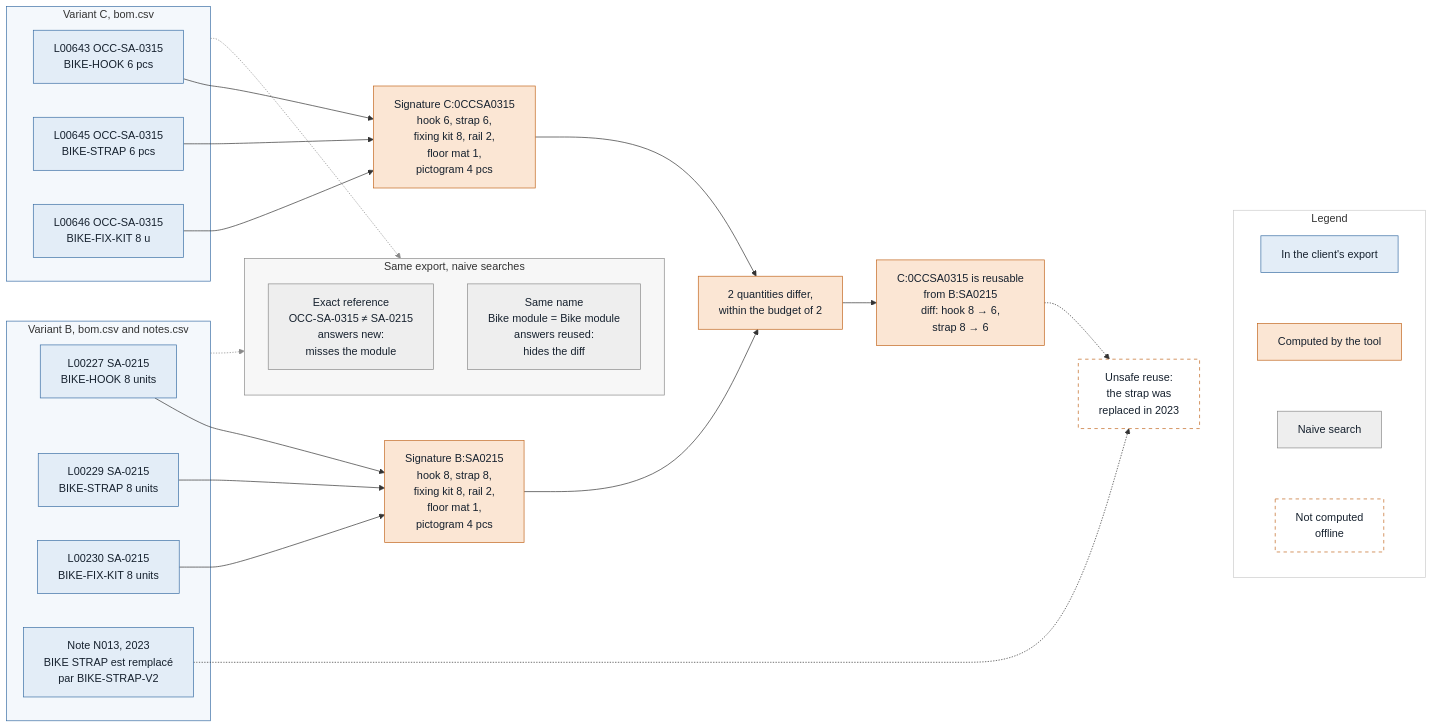
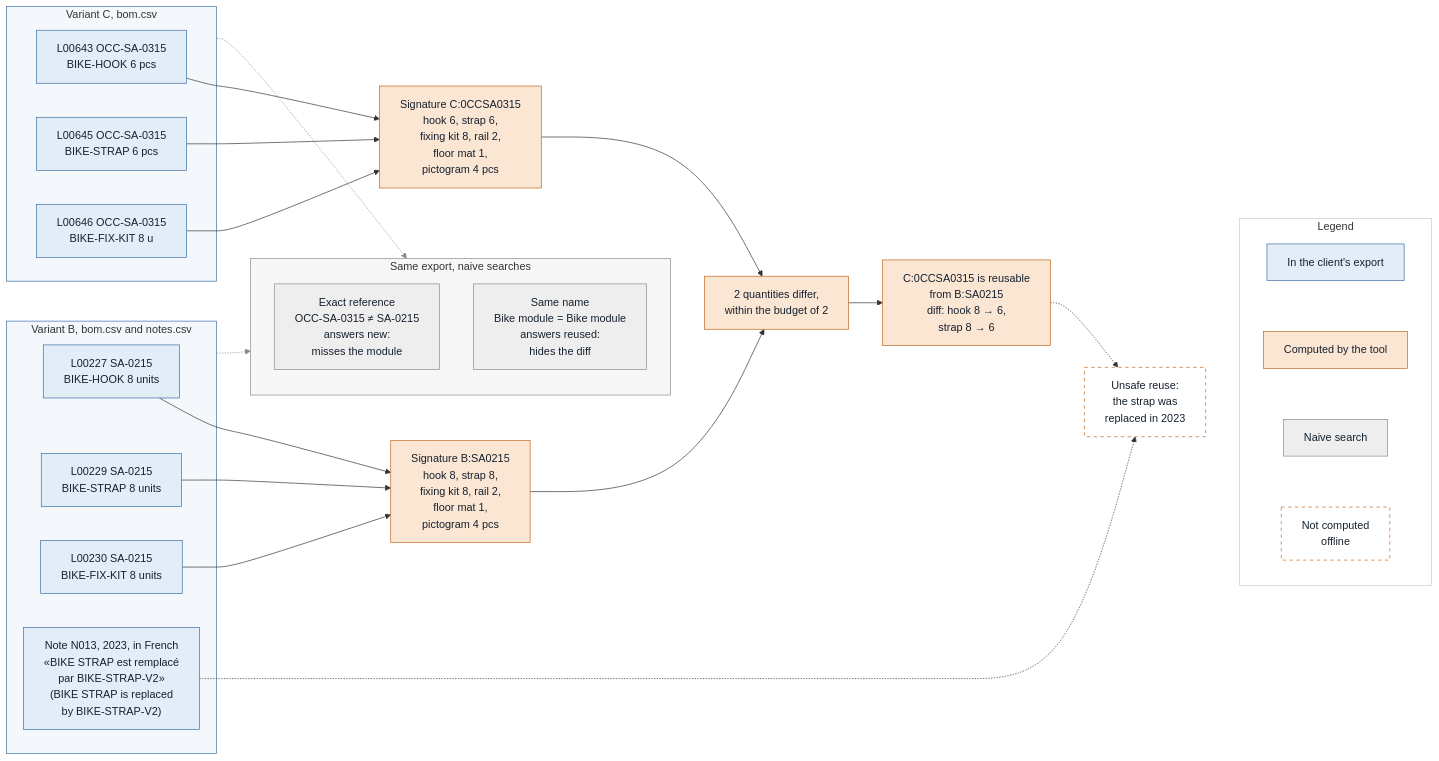
Before and after one commit to BluegReeno/alstom-bom-reuse: the second of 2 diagrams in README.md, drawn with Mermaid.

Commit message:
docs: README — note N013 shown as a quoted French note, with its translation
The note is quoted verbatim from data/raw/notes.csv, where French is
deliberate (the dataset's notes are FR/EN), but in an English README the
bare French read as a slip.

````diff
--- a/README.md
+++ b/README.md
@@ -96,56 +96,56 @@
 ```mermaid
 flowchart LR
     subgraph B["Variant B, bom.csv and notes.csv"]
         B1["L00227 SA-0215<br/>BIKE-HOOK 8 units"]
         B2["L00229 SA-0215<br/>BIKE-STRAP 8 units"]
         B3["L00230 SA-0215<br/>BIKE-FIX-KIT 8 units"]
-        N13["Note N013, 2023<br/>BIKE STRAP est remplacé<br/>par BIKE-STRAP-V2"]
+        N13["Note N013, 2023, in French<br/>«BIKE STRAP est remplacé<br/>par BIKE-STRAP-V2»<br/>(BIKE STRAP is replaced<br/>by BIKE-STRAP-V2)"]
     end
     subgraph C["Variant C, bom.csv"]
         C1["L00643 OCC-SA-0315<br/>BIKE-HOOK 6 pcs"]
         C2["L00645 OCC-SA-0315<br/>BIKE-STRAP 6 pcs"]
         C3["L00646 OCC-SA-0315<br/>BIKE-FIX-KIT 8 u"]
     end
 
     SB["Signature B:SA0215<br/>hook 8, strap 8,<br/>fixing kit 8, rail 2,<br/>floor mat 1,<br/>pictogram 4 pcs"]
     SC["Signature C:0CCSA0315<br/>hook 6, strap 6,<br/>fixing kit 8, rail 2,<br/>floor mat 1,<br/>pictogram 4 pcs"]
     CMP["2 quantities differ,<br/>within the budget of 2"]
     PR["C:0CCSA0315 is reusable<br/>from B:SA0215<br/>diff: hook 8 → 6,<br/>strap 8 → 6"]
     U["Unsafe reuse:<br/>the strap was<br/>replaced in 2023"]
 
     subgraph NAIVE["Same export, naive searches"]
         X1["Exact reference<br/>OCC-SA-0315 ≠ SA-0215<br/>answers new:<br/>misses the module"]
         X2["Same name<br/>Bike module = Bike module<br/>answers reused:<br/>hides the diff"]
     end
 
     subgraph LEGEND["Legend"]
         K1["In the client's export"]
         K2["Computed by the tool"]
         K3["Naive search"]
         K4["Not computed<br/>offline"]
     end
 
     B1 & B2 & B3 --> SB
     C1 & C2 & C3 --> SC
     SB & SC --> CMP --> PR
     N13 -.-> U
     PR -.-> U
     B -.-> NAIVE
     C -.-> NAIVE
     K1 ~~~ K2 ~~~ K3 ~~~ K4
     U ~~~ LEGEND
 
     classDef client fill:#E3EDF7,stroke:#3A6EA5,color:#16212E
     classDef computed fill:#FBE6D4,stroke:#C2661E,color:#16212E
     classDef naive fill:#EEEEEE,stroke:#8A8A8A,color:#16212E
     classDef pending fill:#FFFFFF,stroke:#C2661E,stroke-dasharray:5 5,color:#16212E
     class B1,B2,B3,C1,C2,C3,N13,K1 client
     class SB,SC,CMP,PR,K2 computed
     class X1,X2,K3 naive
     class U,K4 pending
     style B fill:#F4F8FC,stroke:#3A6EA5
     style C fill:#F4F8FC,stroke:#3A6EA5
     style NAIVE fill:#F7F7F7,stroke:#8A8A8A
     style LEGEND fill:#FFFFFF,stroke:#CCCCCC
     linkStyle 11,12 stroke:#8A8A8A
 ```
````
